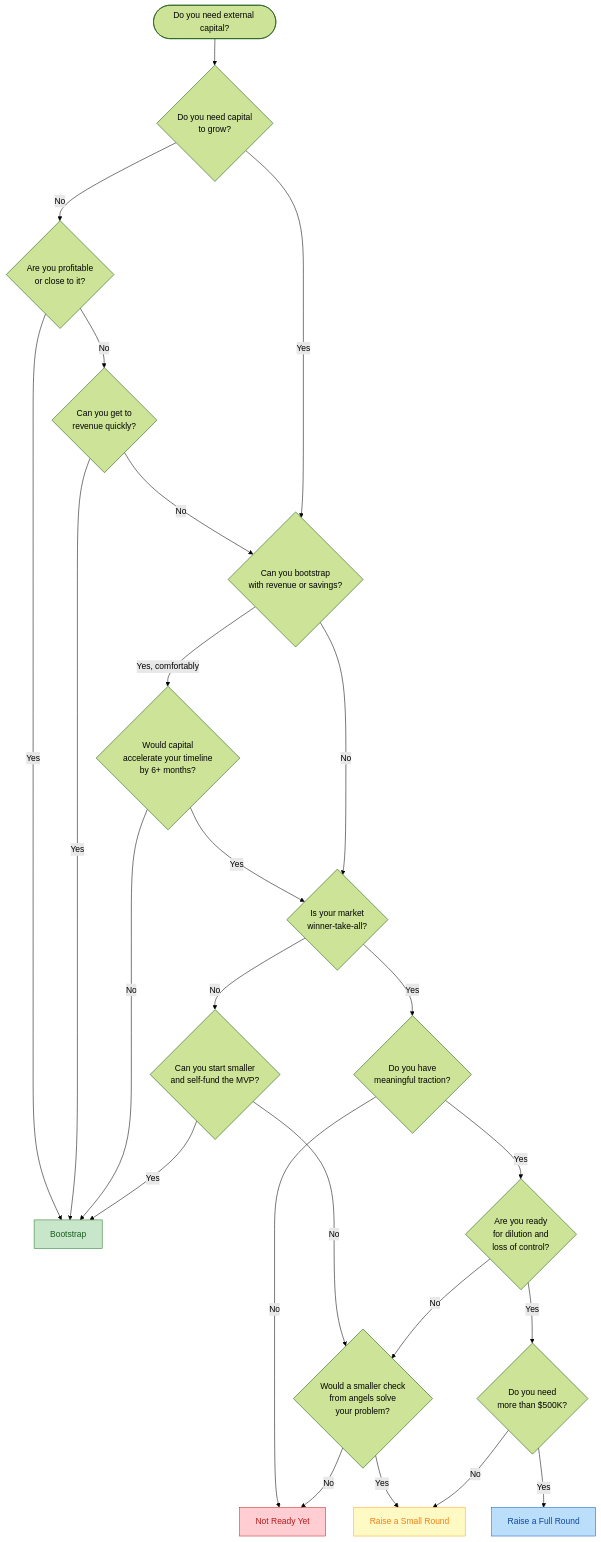
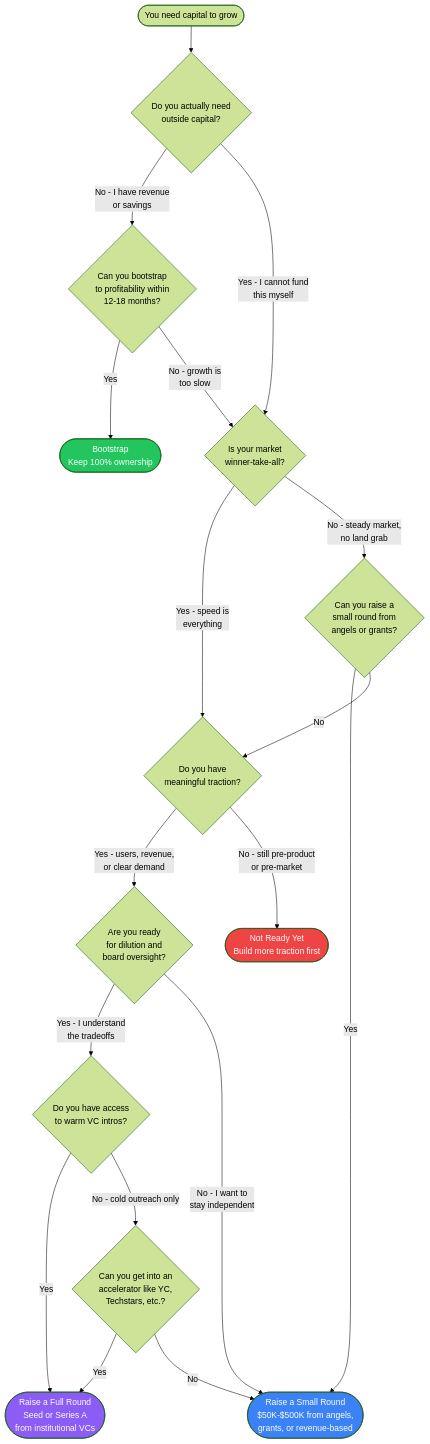
Before and after one commit to dougdevitre/access-to-business: the diagram in references/decisions/should-i-raise.md, drawn with Mermaid (forest theme). The commit also changed other lines of this file and 1 other file, not shown here.

First line of the commit message:
Update advisor session prep and should-i-raise decision content

````diff
--- a/references/decisions/should-i-raise.md
+++ b/references/decisions/should-i-raise.md
@@ -7,40 +7,33 @@
 ```mermaid
-graph TD
-    START([Do you need external capital?]) --> Q1{Do you need capital<br/>to grow?}
+flowchart TD
+    START([You need capital to grow]) --> Q1{Do you actually need<br/>outside capital?}
 
-    Q1 -->|No| Q1A{Are you profitable<br/>or close to it?}
-    Q1A -->|Yes| BOOTSTRAP[Bootstrap]
-    Q1A -->|No| Q1B{Can you get to<br/>revenue quickly?}
-    Q1B -->|Yes| BOOTSTRAP
-    Q1B -->|No| Q2
+    Q1 -->|No - I have revenue<br/>or savings| Q2{Can you bootstrap<br/>to profitability within<br/>12-18 months?}
+    Q1 -->|Yes - I cannot fund<br/>this myself| Q3{Is your market<br/>winner-take-all?}
 
-    Q1 -->|Yes| Q2{Can you bootstrap<br/>with revenue or savings?}
+    Q2 -->|Yes| BOOTSTRAP([Bootstrap<br/>Keep 100% ownership])
+    Q2 -->|No - growth is<br/>too slow| Q3
 
-    Q2 -->|Yes, comfortably| Q2A{Would capital<br/>accelerate your timeline<br/>by 6+ months?}
-    Q2A -->|No| BOOTSTRAP
-    Q2A -->|Yes| Q3
+    Q3 -->|Yes - speed is<br/>everything| Q4{Do you have<br/>meaningful traction?}
+    Q3 -->|No - steady market,<br/>no land grab| Q5{Can you raise a<br/>small round from<br/>angels or grants?}
 
-    Q2 -->|No| Q3{Is your market<br/>winner-take-all?}
+    Q4 -->|Yes - users, revenue,<br/>or clear demand| Q6{Are you ready<br/>for dilution and<br/>board oversight?}
+    Q4 -->|No - still pre-product<br/>or pre-market| NOTREADY([Not Ready Yet<br/>Build more traction first])
 
-    Q3 -->|Yes| Q4{Do you have<br/>meaningful traction?}
-    Q3 -->|No| Q3A{Can you start smaller<br/>and self-fund the MVP?}
-    Q3A -->|Yes| BOOTSTRAP
-    Q3A -->|No| Q5A
+    Q5 -->|Yes| SMALLROUND([Raise a Small Round<br/>$50K-$500K from angels,<br/>grants, or revenue-based])
+    Q5 -->|No| Q4
 
-    Q4 -->|Yes| Q5{Are you ready<br/>for dilution and<br/>loss of control?}
-    Q4 -->|No| NOTREADY[Not Ready Yet]
+    Q6 -->|Yes - I understand<br/>the tradeoffs| Q7{Do you have access<br/>to warm VC intros?}
+    Q6 -->|No - I want to<br/>stay independent| SMALLROUND
 
-    Q5 -->|Yes| Q6{Do you need<br/>more than $500K?}
-    Q5 -->|No| Q5A{Would a smaller check<br/>from angels solve<br/>your problem?}
+    Q7 -->|Yes| FULLROUND([Raise a Full Round<br/>Seed or Series A<br/>from institutional VCs])
+    Q7 -->|No - cold outreach only| Q8{Can you get into an<br/>accelerator like YC,<br/>Techstars, etc.?}
 
-    Q5A -->|Yes| SMALL[Raise a Small Round]
-    Q5A -->|No| NOTREADY
+    Q8 -->|Yes| FULLROUND
+    Q8 -->|No| SMALLROUND
 
-    Q6 -->|Yes| FULL[Raise a Full Round]
-    Q6 -->|No| SMALL
-
-    style BOOTSTRAP fill:#c8e6c9,stroke:#2e7d32,color:#1b5e20
-    style SMALL fill:#fff9c4,stroke:#f9a825,color:#f57f17
-    style FULL fill:#bbdefb,stroke:#1565c0,color:#0d47a1
-    style NOTREADY fill:#ffcdd2,stroke:#c62828,color:#b71c1c
+    style BOOTSTRAP fill:#22c55e,color:#fff
+    style SMALLROUND fill:#3b82f6,color:#fff
+    style FULLROUND fill:#8b5cf6,color:#fff
+    style NOTREADY fill:#ef4444,color:#fff
 ```
````
